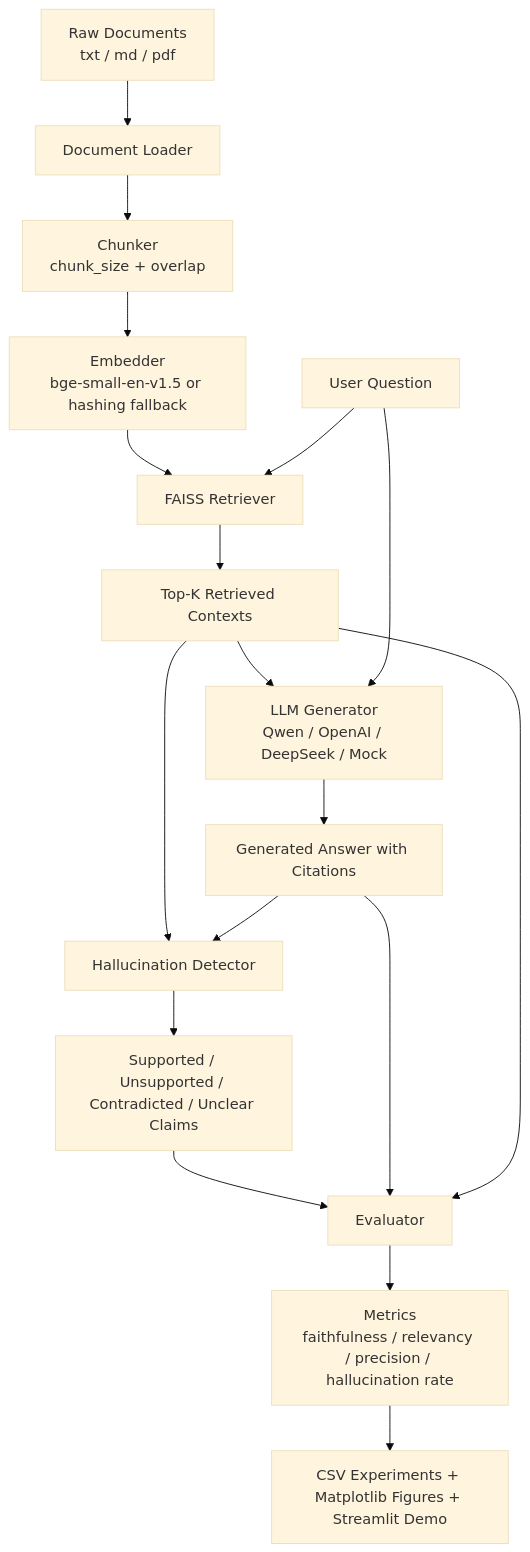
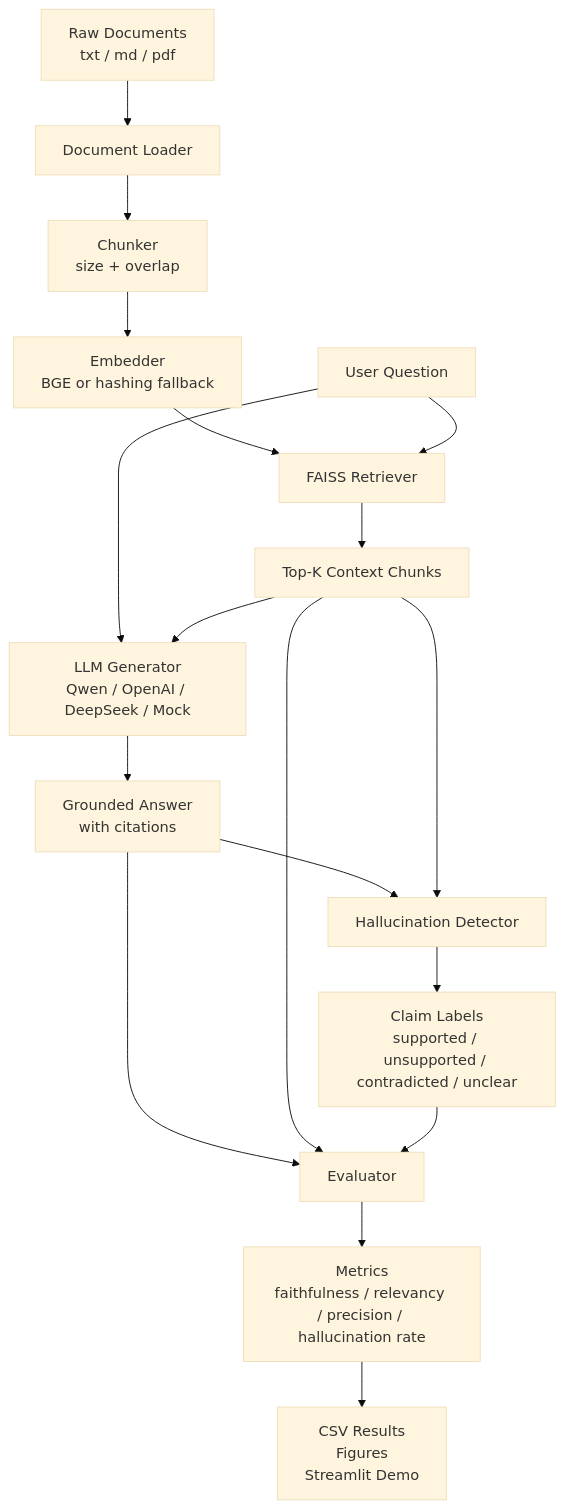
Before and after one commit to GuMiShDo666/rag-hallucination-eval: the first of 2 diagrams in README.md, drawn with Mermaid (base theme). The commit also changed other lines of this file, not shown here.

````diff
--- a/README.md
+++ b/README.md
@@ -46,20 +67,20 @@
 ```mermaid
 flowchart TD
     A["Raw Documents<br/>txt / md / pdf"] --> B["Document Loader"]
-    B --> C["Chunker<br/>chunk_size + overlap"]
-    C --> D["Embedder<br/>bge-small-en-v1.5 or hashing fallback"]
+    B --> C["Chunker<br/>size + overlap"]
+    C --> D["Embedder<br/>BGE or hashing fallback"]
     D --> E["FAISS Retriever"]
     Q["User Question"] --> E
-    E --> F["Top-K Retrieved Contexts"]
-    F --> G["LLM Generator<br/>Qwen / OpenAI / DeepSeek / Mock"]
-    Q --> G
-    G --> H["Generated Answer with Citations"]
-    F --> I["Hallucination Detector"]
-    H --> I
-    I --> J["Supported / Unsupported / Contradicted / Unclear Claims"]
-    J --> K["Evaluator"]
-    H --> K
+    E --> F["Top-K Context Chunks"]
+    Q --> G["LLM Generator<br/>Qwen / OpenAI / DeepSeek / Mock"]
+    F --> G
+    G --> H["Grounded Answer<br/>with citations"]
+    H --> I["Hallucination Detector"]
+    F --> I
+    I --> J["Claim Labels<br/>supported / unsupported / contradicted / unclear"]
+    H --> K["Evaluator"]
     F --> K
+    J --> K
     K --> L["Metrics<br/>faithfulness / relevancy / precision / hallucination rate"]
-    L --> M["CSV Experiments + Matplotlib Figures + Streamlit Demo"]
+    L --> M["CSV Results<br/>Figures<br/>Streamlit Demo"]
 ```
````
